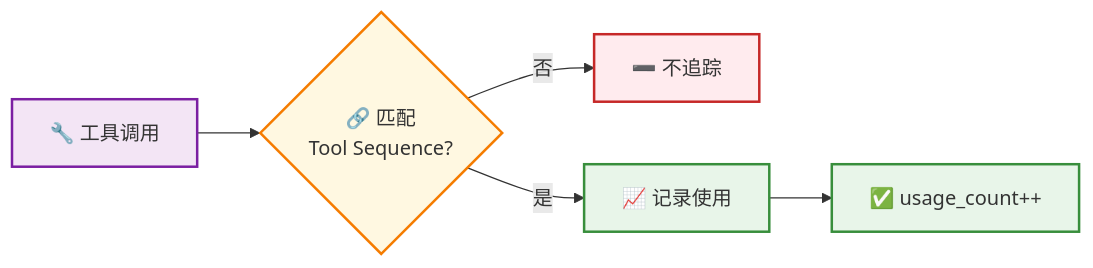
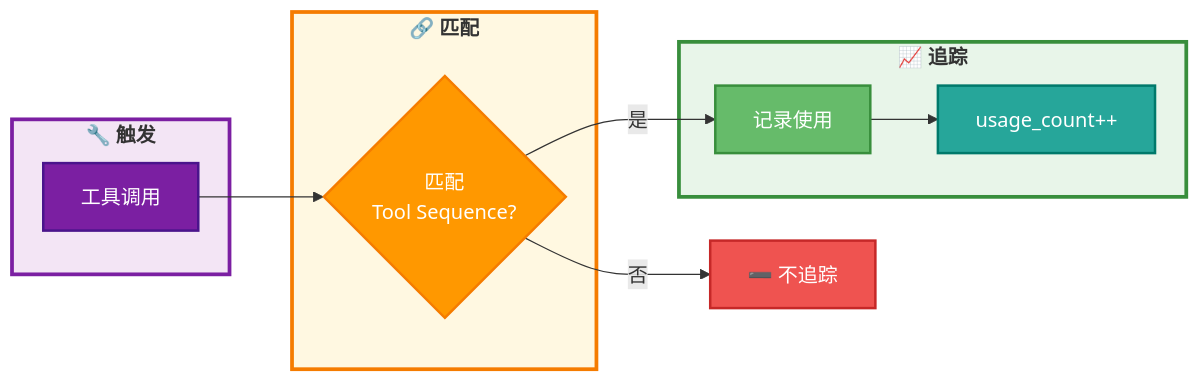
Before and after one commit to beancookie/xiaoclaw: the fourth of 4 diagrams in README_zh.md, drawn with Mermaid. The commit also changed other lines of this file and 2 other files, not shown here.

First line of the commit message:
docs: optimize mermaid diagrams with subgraphs and styling

````diff
--- a/README_zh.md
+++ b/README_zh.md
@@ -495,13 +518,30 @@
 ```mermaid
 flowchart LR
-    A["🔧 工具调用"] --> B{"🔗 匹配<br/>Tool Sequence?"}
-    B -->|否| Z["➖ 不追踪"]
-    B -->|是| C["📈 记录使用"]
-    C --> D["✅ usage_count++"]
+    subgraph Trigger["<b>🔧 触发</b>"]
+        A["工具调用"]
+    end
 
-    style A fill:#f3e5f5,stroke:#7b1fa2,stroke-width:2px
-    style B fill:#fff8e1,stroke:#f57c00,stroke-width:2px
-    style C fill:#e8f5e9,stroke:#388e3c,stroke-width:2px
-    style D fill:#e8f5e9,stroke:#388e3c,stroke-width:2px
-    style Z fill:#ffebee,stroke:#c62828,stroke-width:2px
+    subgraph Match["<b>🔗 匹配</b>"]
+        B{"匹配<br/>Tool Sequence?"}
+    end
+
+    subgraph Track["<b>📈 追踪</b>"]
+        C["记录使用"]
+        D["usage_count++"]
+    end
+
+    Z["➖ 不追踪"]
+
+    A --> B
+    B -->|否| Z
+    B -->|是| C --> D
+
+    style Trigger fill:#f3e5f5,stroke:#7b1fa2,stroke-width:3px,radius:15px
+    style Match fill:#fff8e1,stroke:#f57c00,stroke-width:3px,radius:15px
+    style Track fill:#e8f5e9,stroke:#388e3c,stroke-width:3px,radius:15px
+    style A fill:#7b1fa2,stroke:#4a148c,stroke-width:2px,color:#fff
+    style B fill:#ff9800,stroke:#f57c00,stroke-width:2px,color:#fff
+    style C fill:#66bb6a,stroke:#388e3c,stroke-width:2px,color:#fff
+    style D fill:#26a69a,stroke:#00796b,stroke-width:2px,color:#fff
+    style Z fill:#ef5350,stroke:#c62828,stroke-width:2px,color:#fff
 ```
````
